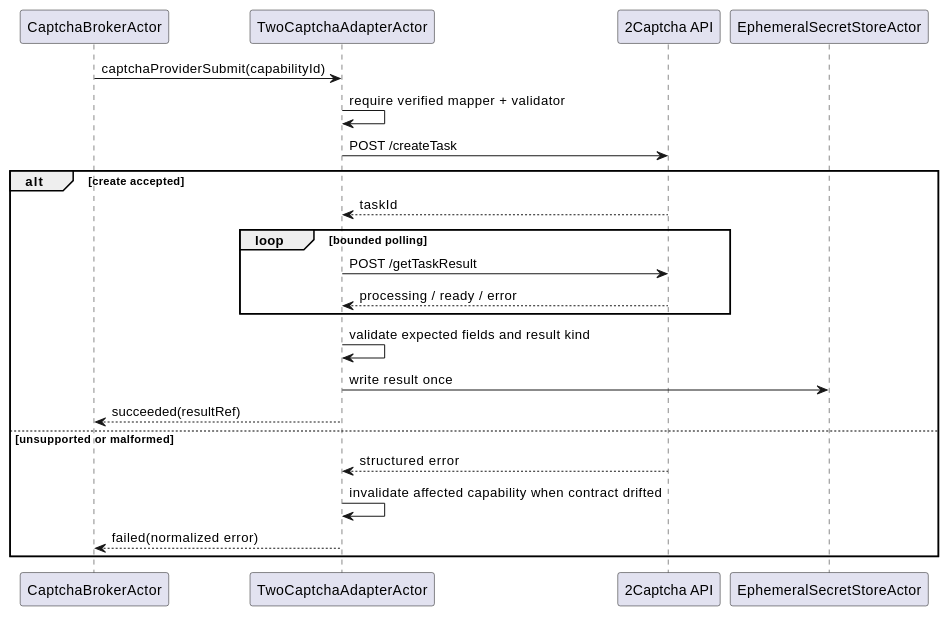
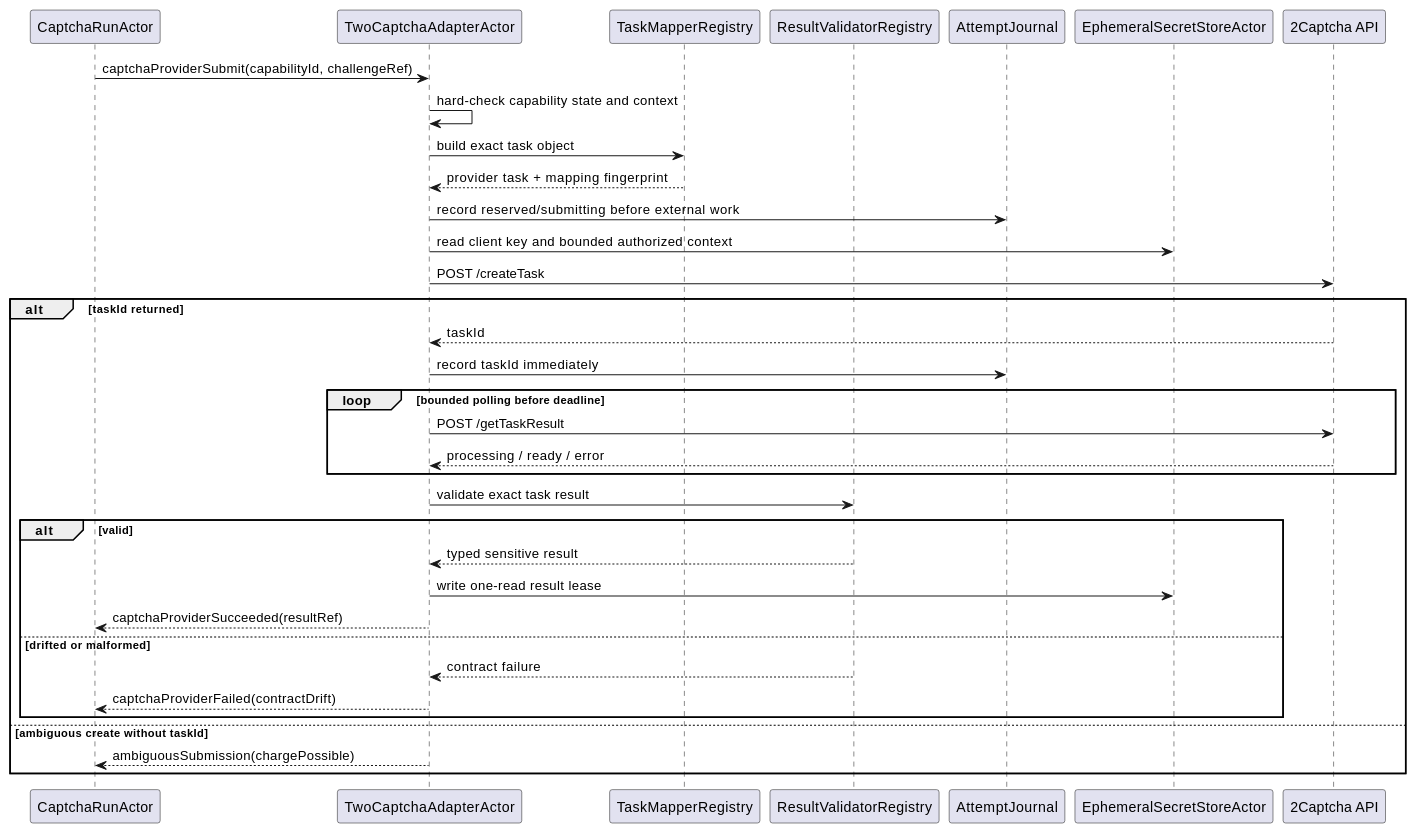
One commit to lost-rob0t/starintel-auto-research changed the second of 3 diagrams in roam/design/starintel-pro-actors/STAR-PRO-CAPTCHA-003-2captcha-adapter.org. Above: the diagram before and after it, drawn with PlantUML. The commit also changed other lines of this file, not shown here.

Commit message:
complete 2Captcha family mapper and disclosure design

```diff
--- a/roam/design/starintel-pro-actors/STAR-PRO-CAPTCHA-003-2captcha-adapter.org
+++ b/roam/design/starintel-pro-actors/STAR-PRO-CAPTCHA-003-2captcha-adapter.org
@@ -119,26 +156,38 @@
 #+begin_src plantuml
 @startuml
-participant "CaptchaBrokerActor" as Broker
+participant "CaptchaRunActor" as Run
 participant "TwoCaptchaAdapterActor" as Adapter
+participant "TaskMapperRegistry" as Mapper
+participant "ResultValidatorRegistry" as Validator
+participant "AttemptJournal" as Journal
+participant "EphemeralSecretStoreActor" as Secrets
 participant "2Captcha API" as API
-participant "EphemeralSecretStoreActor" as Secrets
 
-Broker -> Adapter : captchaProviderSubmit(capabilityId)
-Adapter -> Adapter : require verified mapper + validator
+Run -> Adapter : captchaProviderSubmit(capabilityId, challengeRef)
+Adapter -> Adapter : hard-check capability state and context
+Adapter -> Mapper : build exact task object
+Mapper --> Adapter : provider task + mapping fingerprint
+Adapter -> Journal : record reserved/submitting before external work
+Adapter -> Secrets : read client key and bounded authorized context
 Adapter -> API : POST /createTask
-alt create accepted
+alt taskId returned
   API --> Adapter : taskId
-  loop bounded polling
+  Adapter -> Journal : record taskId immediately
+  loop bounded polling before deadline
     Adapter -> API : POST /getTaskResult
     API --> Adapter : processing / ready / error
   end
-  Adapter -> Adapter : validate expected fields and result kind
-  Adapter -> Secrets : write result once
-  Adapter --> Broker : succeeded(resultRef)
-else unsupported or malformed
-  API --> Adapter : structured error
-  Adapter -> Adapter : invalidate affected capability when contract drifted
-  Adapter --> Broker : failed(normalized error)
+  Adapter -> Validator : validate exact task result
+  alt valid
+    Validator --> Adapter : typed sensitive result
+    Adapter -> Secrets : write one-read result lease
+    Adapter --> Run : captchaProviderSucceeded(resultRef)
+  else drifted or malformed
+    Validator --> Adapter : contract failure
+    Adapter --> Run : captchaProviderFailed(contractDrift)
+  end
+else ambiguous create without taskId
+  Adapter --> Run : ambiguousSubmission(chargePossible)
 end
 @enduml
 #+end_src
```
